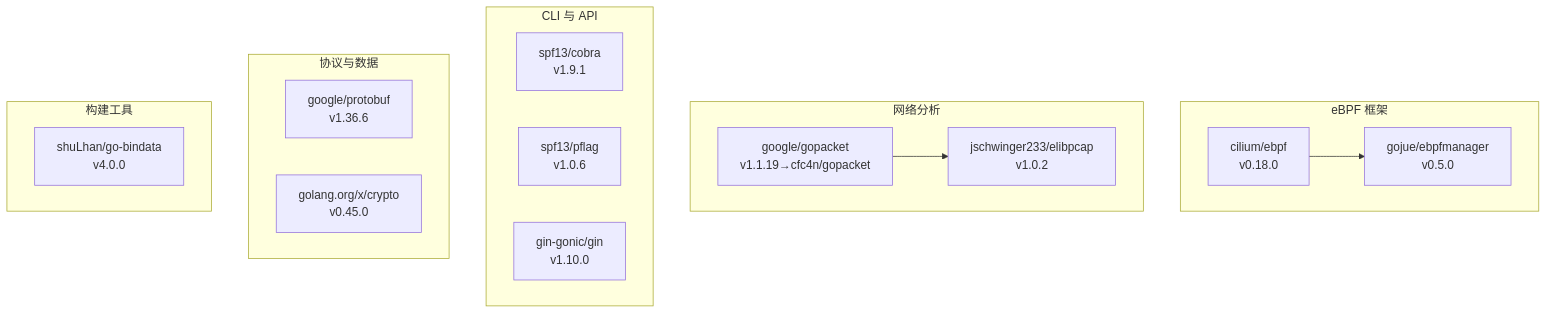
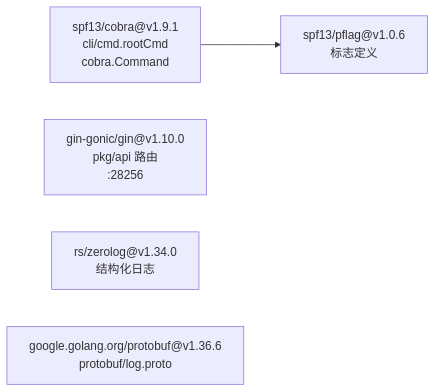
Before and after one commit to gojue/ecapture.cc: the sixth of 9 diagrams in src/zh/1-overview/1.3-dependencies-and-system-requirements.md, drawn with Mermaid. The commit also changed other lines of this file and 70 other files, not shown here.

Commit message:
feat: update sidebar and navigation links for architecture and shell command auditing sections

````diff
--- a/src/zh/1-overview/1.3-dependencies-and-system-requirements.md
+++ b/src/zh/1-overview/1.3-dependencies-and-system-requirements.md
@@ -190,30 +240,10 @@
 ```mermaid
-graph TB
-    subgraph "eBPF 框架"
-        EBPF["cilium/ebpf<br/>v0.18.0"]
-        EBPFMGR["gojue/ebpfmanager<br/>v0.5.0"]
-    end
+graph LR
+    COBRA["spf13/cobra@v1.9.1<br/>cli/cmd.rootCmd<br/>cobra.Command"]
+    PFLAG["spf13/pflag@v1.0.6<br/>标志定义"]
+    GIN["gin-gonic/gin@v1.10.0<br/>pkg/api 路由<br/>:28256"]
+    ZEROLOG["rs/zerolog@v1.34.0<br/>结构化日志"]
+    PROTOBUF["google.golang.org/protobuf@v1.36.6<br/>protobuf/log.proto"]
     
-    subgraph "网络分析"
-        GOPACKET["google/gopacket<br/>v1.1.19→cfc4n/gopacket"]
-        ELIBPCAP["jschwinger233/elibpcap<br/>v1.0.2"]
-    end
-    
-    subgraph "CLI 与 API"
-        COBRA["spf13/cobra<br/>v1.9.1"]
-        PFLAG["spf13/pflag<br/>v1.0.6"]
-        GIN["gin-gonic/gin<br/>v1.10.0"]
-    end
-    
-    subgraph "协议与数据"
-        PROTOBUF["google/protobuf<br/>v1.36.6"]
-        CRYPTO["golang.org/x/crypto<br/>v0.45.0"]
-    end
-    
-    subgraph "构建工具"
-        BINDATA["shuLhan/go-bindata<br/>v4.0.0"]
-    end
-    
-    EBPF --> EBPFMGR
-    GOPACKET --> ELIBPCAP
+    COBRA --> PFLAG
 ```
````
